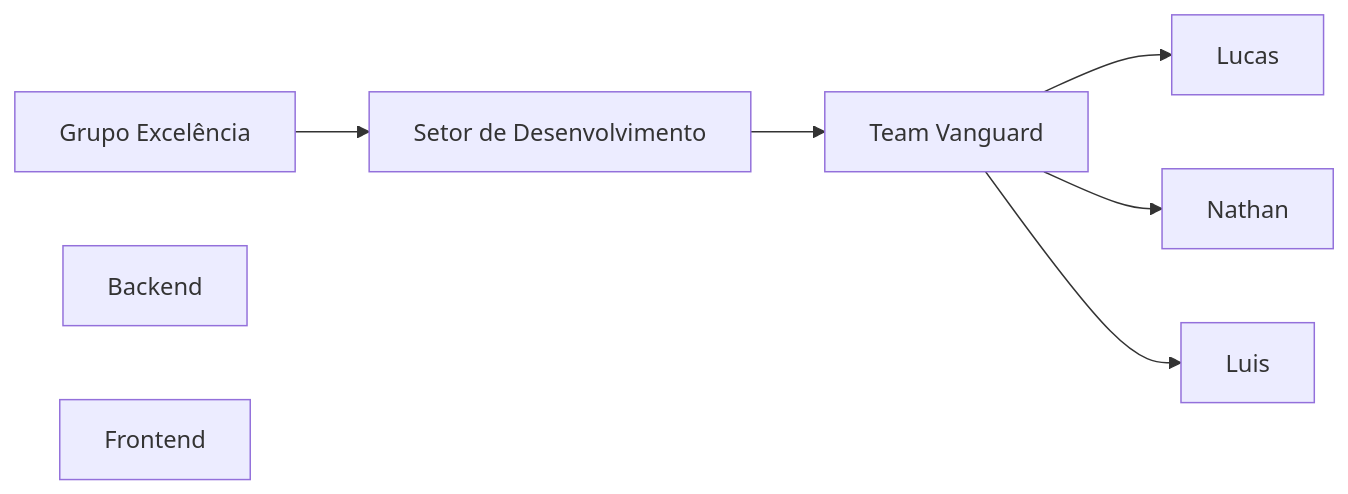
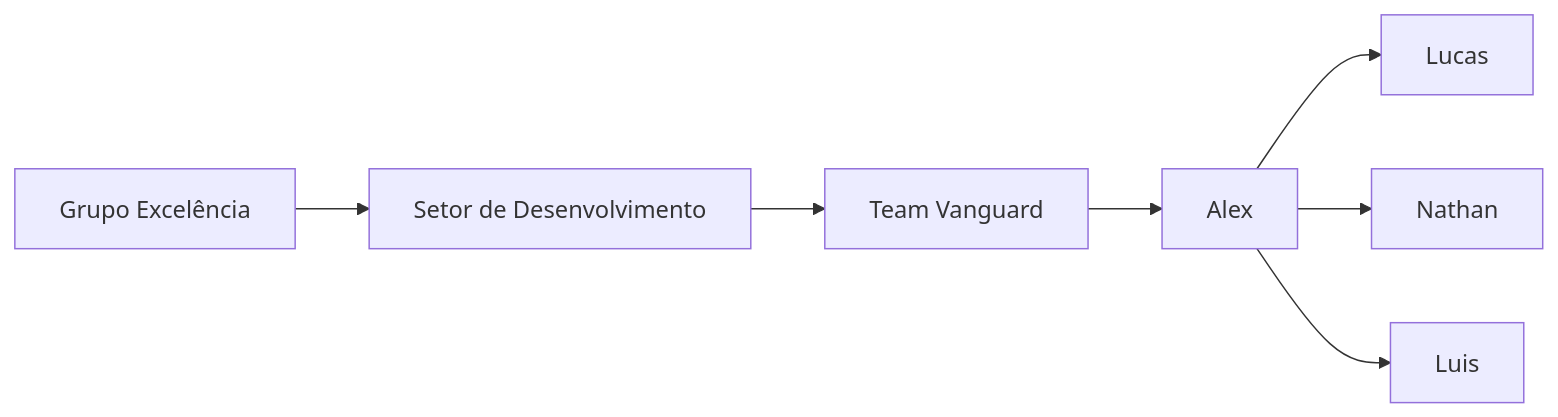
Before and after one commit to excelenciavanguard/.github: the first of 2 diagrams in profile/README.md, drawn with Mermaid.

````diff
--- a/profile/README.md
+++ b/profile/README.md
@@ -47,17 +47,17 @@
 ```mermaid
 flowchart LR
     GE[Grupo Excelência]
     DV[Setor de Desenvolvimento]
     TV[Team Vanguard]
-    BE[Backend]
-    FE[Frontend]
+    A1[Alex]
     L1[Luis]
     N1[Nathan]
     L2[Lucas]
 
     GE --> DV --> TV
-    TV --> L2
-    TV --> N1
-    TV --> L1
+    TV --> A1
+    A1 --> L2
+    A1 --> N1
+    A1 --> L1
 
 ```
````
